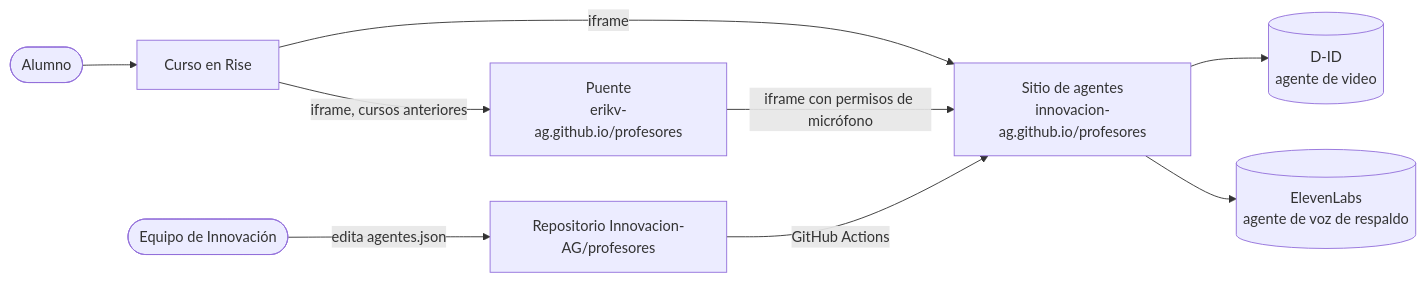
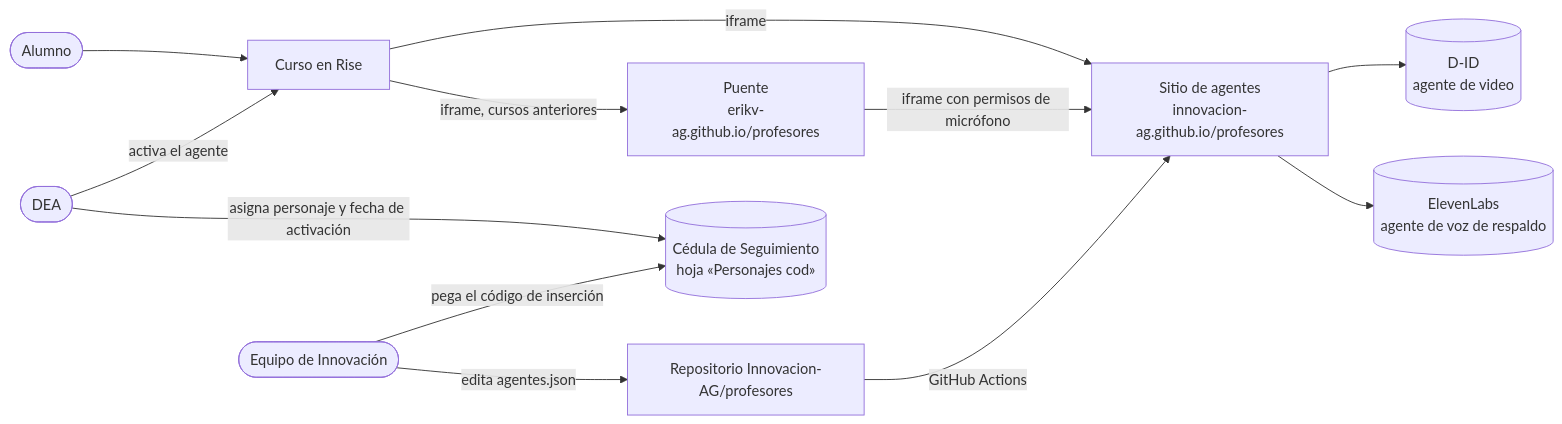
One commit to Innovacion-AG/profesores changed the first of 4 diagrams in docs/blueprint.md. Above: the diagram before and after it, drawn with Mermaid. The commit also changed other lines of this file and 3 other files, not shown here.

First line of the commit message:
docs: registra la Cédula de Seguimiento de DEA como fuente del plan de personajes (#10)

````diff
--- a/docs/blueprint.md
+++ b/docs/blueprint.md
@@ -22,11 +23,14 @@
 ```mermaid
 flowchart LR
   alumno([Alumno]) --> rise[Curso en Rise]
   rise -->|iframe| sitio[Sitio de agentes<br/>innovacion-ag.github.io/profesores]
   rise -->|iframe, cursos anteriores| puente[Puente<br/>erikv-ag.github.io/profesores]
   puente -->|iframe con permisos de micrófono| sitio
   sitio --> did[(D-ID<br/>agente de video)]
   sitio --> el[(ElevenLabs<br/>agente de voz de respaldo)]
   editor([Equipo de Innovación]) -->|edita agentes.json| gh[Repositorio Innovacion-AG/profesores]
   gh -->|GitHub Actions| sitio
+  dea([DEA]) -->|asigna personaje y fecha de activación| cedula[(Cédula de Seguimiento<br/>hoja «Personajes cod»)]
+  editor -->|pega el código de inserción| cedula
+  dea -->|activa el agente| rise
 ```
````
